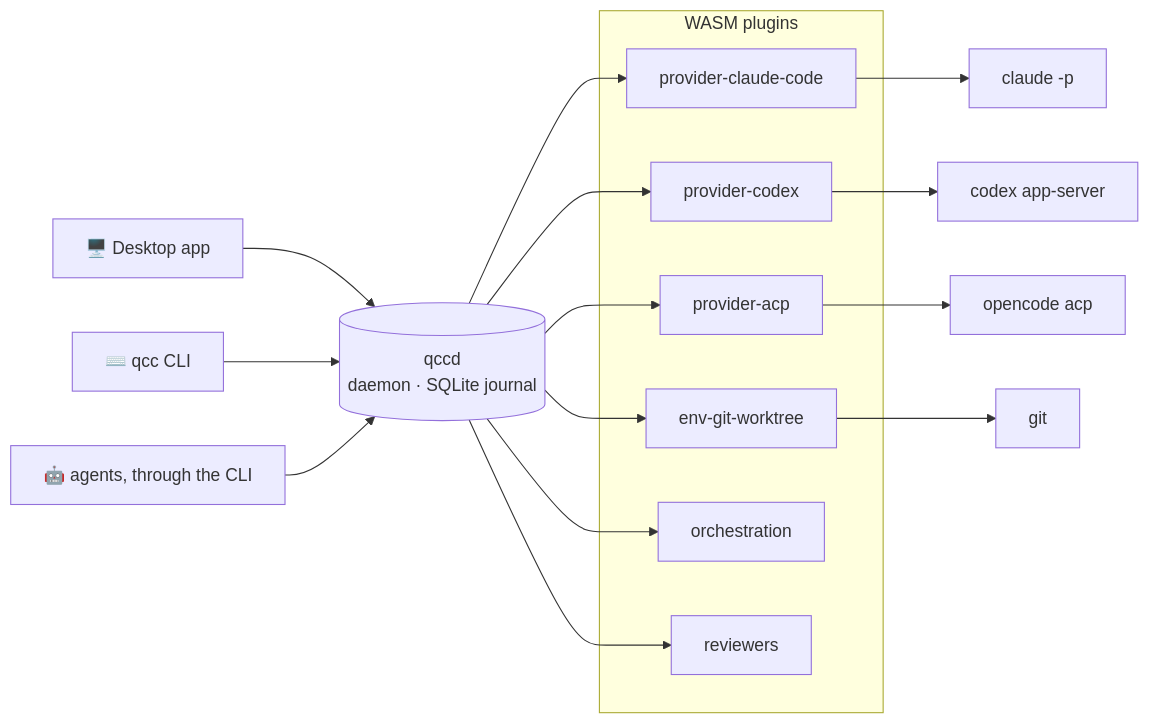
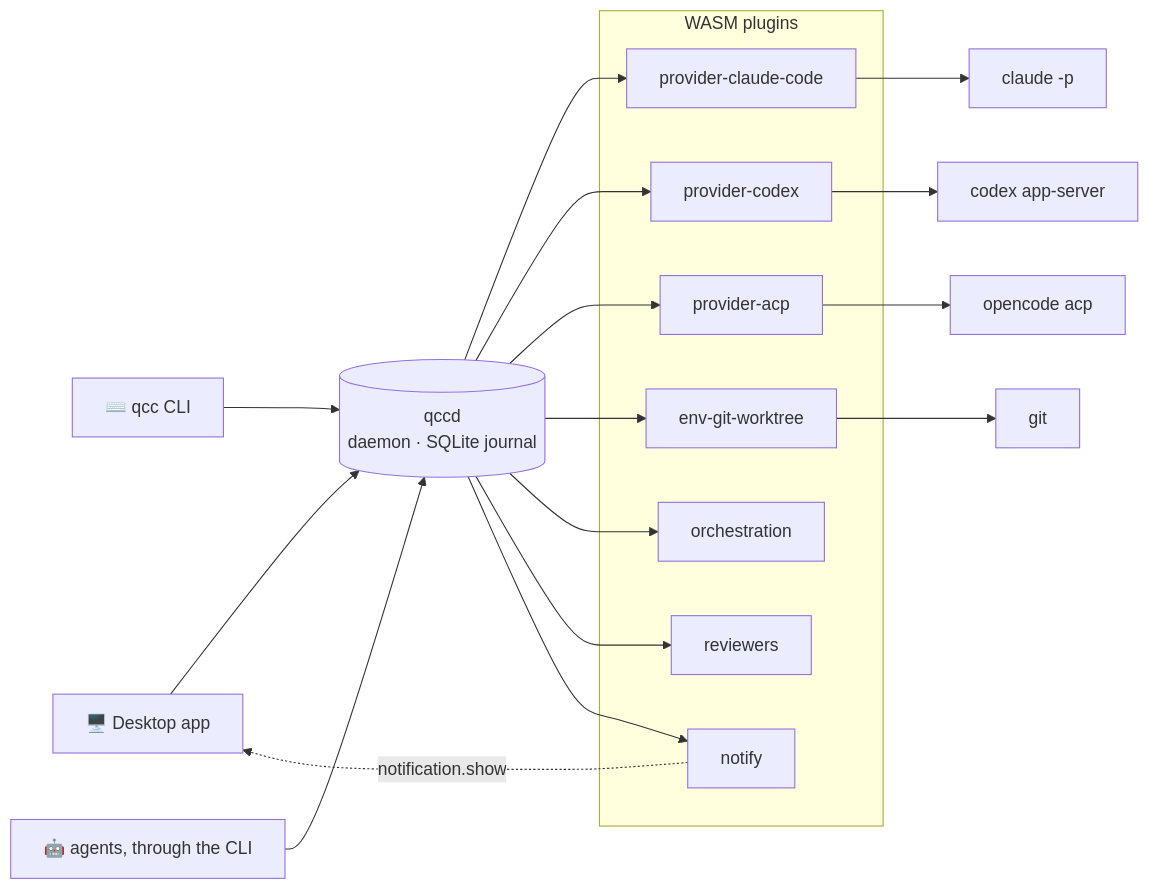
One commit to quantk/qcc changed the diagram in README.md. Above: the diagram before and after it, drawn with Mermaid. The commit also changed 29 other files, not shown here.

````diff
--- a/README.md
+++ b/README.md
@@ -123,21 +123,23 @@
 ```mermaid
 flowchart LR
   app["🖥️ Desktop app"] --> qccd
   cli["⌨️ qcc CLI"] --> qccd
   agentcli["🤖 agents, through the CLI"] --> qccd
   qccd[("qccd<br>daemon · SQLite journal")]
   subgraph plugins ["WASM plugins"]
     claude["provider-claude-code"]
     codex["provider-codex"]
     acp["provider-acp"]
     wt["env-git-worktree"]
     orch["orchestration"]
     rev["reviewers"]
+    notify["notify"]
   end
   qccd --> claude --> c1["claude -p"]
   qccd --> codex --> c2["codex app-server"]
   qccd --> acp --> c3["opencode acp"]
   qccd --> wt --> git["git"]
   qccd --> orch
   qccd --> rev
+  qccd --> notify -. "notification.show" .-> app
 ```
````
